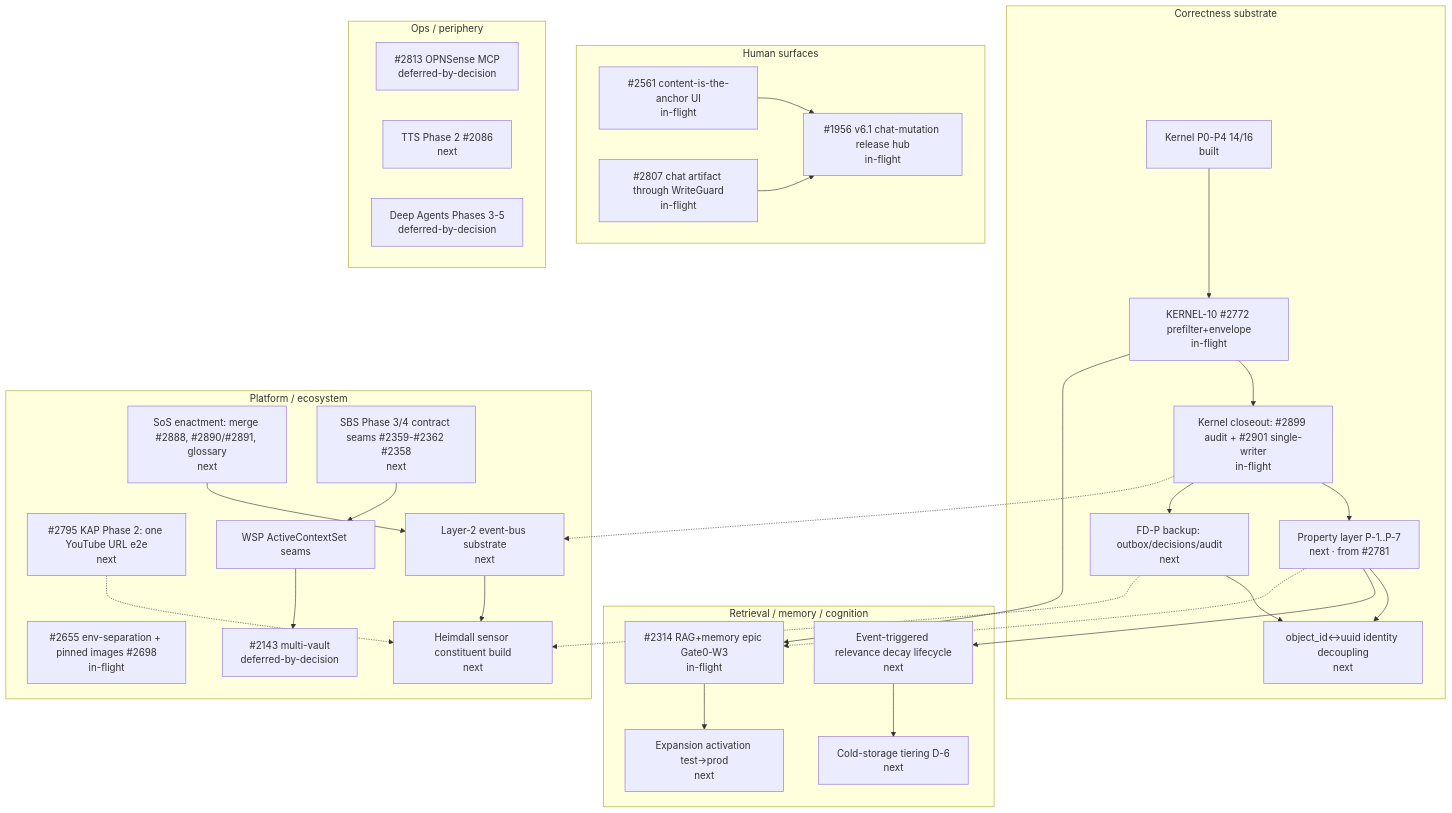
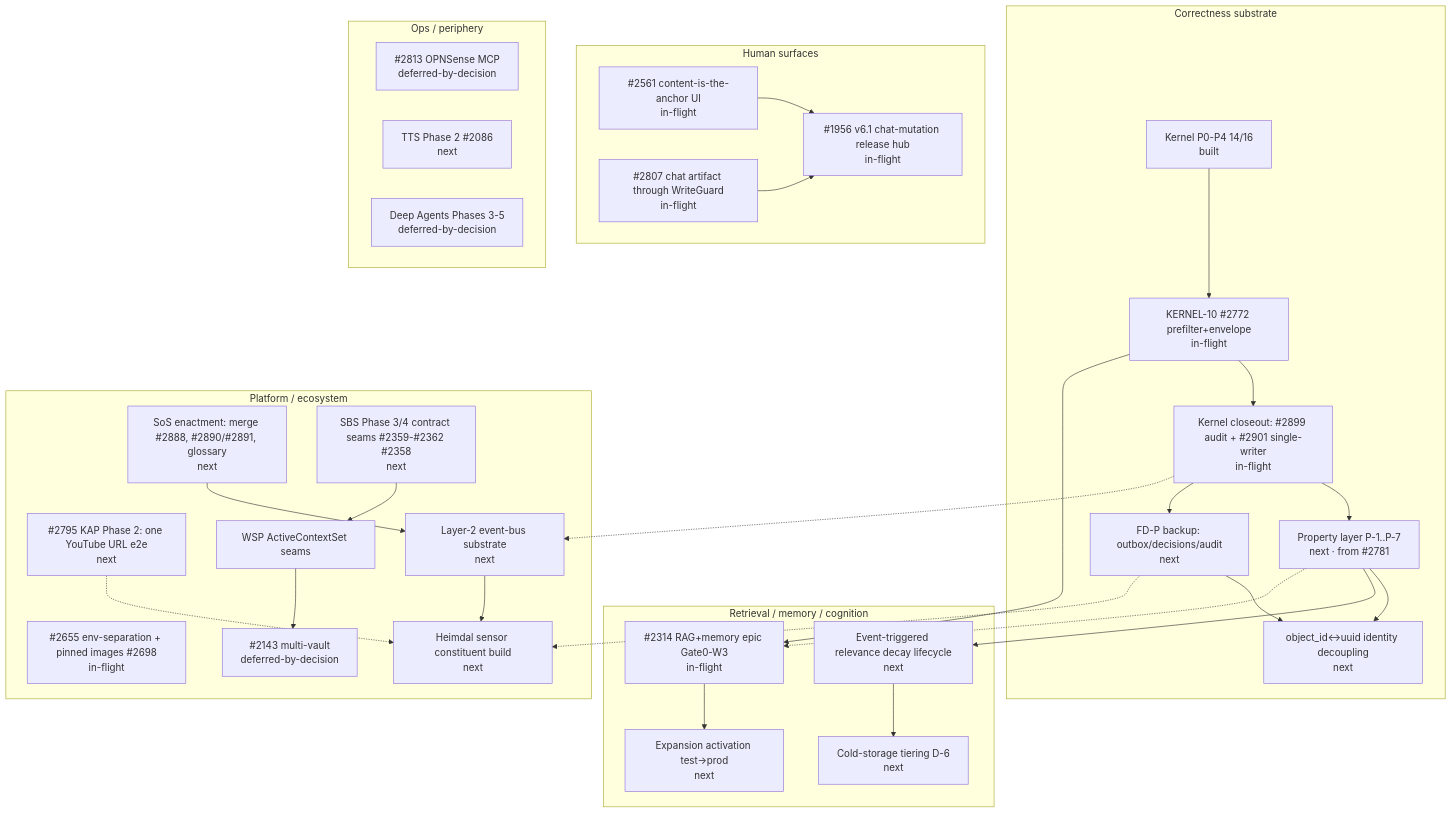
One commit to RasmusTho/agentic-pkm-mvp changed the diagram in docs/architecture/evolution-graph.md. Above: the diagram before and after it, drawn with Mermaid. The commit also changed other lines of this file and 21 other files, not shown here.

First line of the commit message:
docs: rename Heimdall→Heimdal + Bifröst→Bifrost across docs corpus (enacts ADR-0050)

````diff
--- a/docs/architecture/evolution-graph.md
+++ b/docs/architecture/evolution-graph.md
@@ -21,46 +21,46 @@
 ```mermaid
 graph TD
   subgraph Substrate["Correctness substrate"]
     K0[Kernel P0-P4 14/16<br/>built] --> K10[KERNEL-10 #2772 prefilter+envelope<br/>in-flight]
     K10 --> KCLOSE[Kernel closeout: #2899 audit + #2901 single-writer<br/>in-flight]
     KCLOSE --> PROPS[Property layer P-1..P-7<br/>next  · from #2781]
     KCLOSE --> BACKUP[FD-P backup: outbox/decisions/audit<br/>next]
     PROPS --> IDENT[object_id↔uuid identity decoupling<br/>next]
     BACKUP --> IDENT
   end
 
   subgraph Cognition["Retrieval / memory / cognition"]
     K10 --> RAG[#2314 RAG+memory epic Gate0-W3<br/>in-flight]
     RAG --> EXPAND[Expansion activation test→prod<br/>next]
     PROPS --> DECAY[Event-triggered relevance decay lifecycle<br/>next]
     DECAY --> COLD[Cold-storage tiering D-6<br/>next]
   end
 
   subgraph Surfaces["Human surfaces"]
     UI[#2561 content-is-the-anchor UI<br/>in-flight] --> V61[#1956 v6.1 chat-mutation release hub<br/>in-flight]
     CHAT[#2807 chat artifact through WriteGuard<br/>in-flight] --> V61
   end
 
   subgraph Platform["Platform / ecosystem"]
     DEPLOY[#2655 env-separation + pinned images #2698<br/>in-flight]
     SOS[SoS enactment: merge #2888, #2890/#2891, glossary<br/>next]
     KAP2[#2795 KAP Phase 2: one YouTube URL e2e<br/>next]
     SOS --> BUS[Layer-2 event-bus substrate<br/>next]
     KCLOSE -.-> BUS
-    BUS --> HEIM[Heimdall sensor constituent build<br/>next]
+    BUS --> HEIM[Heimdal sensor constituent build<br/>next]
     KAP2 -.-> HEIM
     SBS34[SBS Phase 3/4 contract seams #2359-#2362 #2358<br/>next]
     MV[#2143 multi-vault<br/>deferred-by-decision]
     WSP[WSP ActiveContextSet seams] --> MV
     SBS34 --> WSP
   end
 
   subgraph Ops["Ops / periphery"]
     OPN[#2813 OPNSense MCP<br/>deferred-by-decision]
     TTS[TTS Phase 2 #2086<br/>next]
     DEEP[Deep Agents Phases 3-5<br/>deferred-by-decision]
   end
 
   PROPS -.-> RAG
   BACKUP -.-> HEIM
 ```
````
